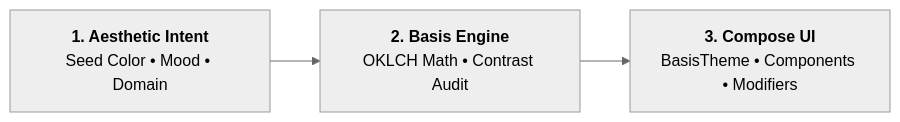
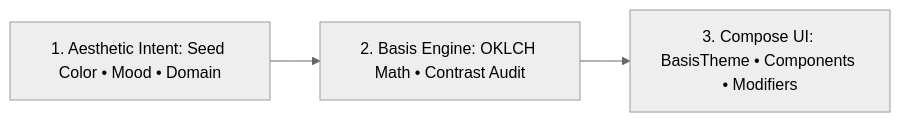
One commit to alph-a07/basis changed the diagram in docs/docs-site/src/content/docs/getting-started/overview.mdx. Above: the diagram before and after it, drawn with Mermaid (neutral theme). The commit also changed 8 other files, not shown here.

Commit message:
fix(docs): resolve mermaid code block selector and render interactive diagrams

````diff
--- a/docs/docs-site/src/content/docs/getting-started/overview.mdx
+++ b/docs/docs-site/src/content/docs/getting-started/overview.mdx
@@ -13,5 +13,5 @@
 ```mermaid
 flowchart LR
-    A["<b>1. Aesthetic Intent</b><br/>Seed Color • Mood • Domain"] --> B["<b>2. Basis Engine</b><br/>OKLCH Math • Contrast Audit"]
-    B --> C["<b>3. Compose UI</b><br/>BasisTheme • Components • Modifiers"]
+    A["1. Aesthetic Intent: Seed Color • Mood • Domain"] --> B["2. Basis Engine: OKLCH Math • Contrast Audit"]
+    B --> C["3. Compose UI: BasisTheme • Components • Modifiers"]
 ```
````
